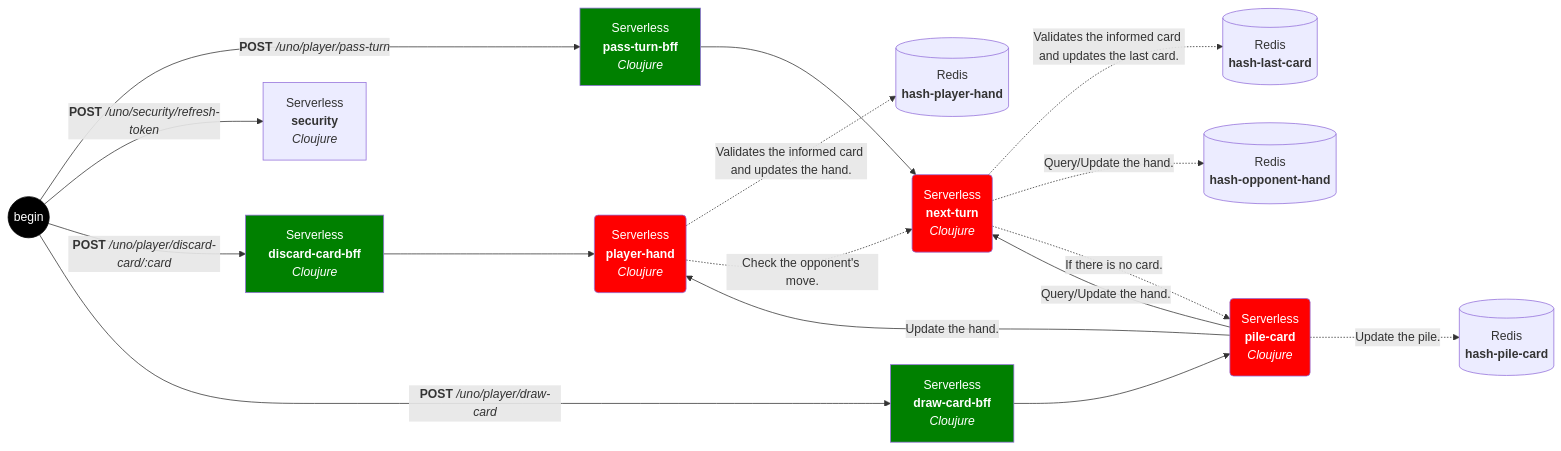
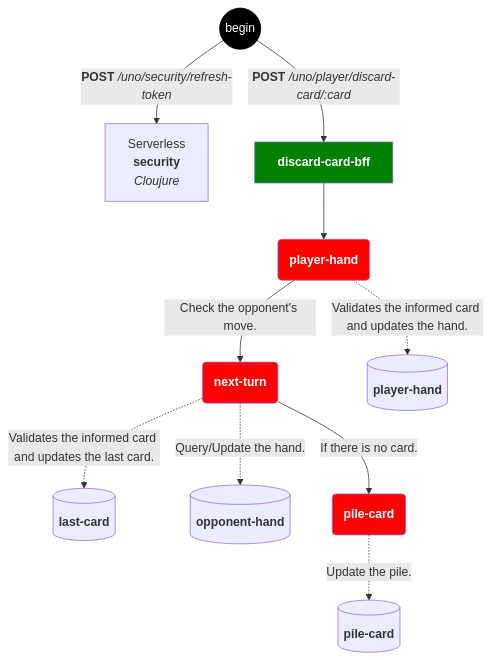
One commit to olbiwan/uno changed the second of 3 diagrams in README.md. Above: the diagram before and after it, drawn with Mermaid. The commit also changed other lines of this file, not shown here.

````diff
--- a/README.md
+++ b/README.md
@@ -18,24 +47,18 @@
 ```mermaid
-flowchart LR
-    SC -.->|Validates the informed card and updates the hand.| HPH[(Redis<br><b>hash-player-hand</b>)]
+flowchart TD
+    U -->|<b>POST</b> <i>/uno/security/refresh-token</i>| Z[Serverless<br><b>security</b><br><i>Cloujure</i>]
     U((begin))
-    U -->|<b>POST</b> <i>/uno/player/pass-turn</i>| FD[Serverless<br><b>pass-turn-bff</b><br><i>Cloujure</i>]
-    U -->|<b>POST</b> <i>/uno/security/refresh-token</i>| Z[Serverless<br><b>security</b><br><i>Cloujure</i>]
-    U -->|<b>POST</b> <i>/uno/player/discard-card/:card</i>| FB[Serverless<br><b>discard-card-bff</b><br><i>Cloujure</i>]
-    U -->|<b>POST</b> <i>/uno/player/draw-card</i>| FC[Serverless<br><b>draw-card-bff</b><br><i>Cloujure</i>]
-    FB --> SC(Serverless<br><b>player-hand</b><br><i>Cloujure</i>)
-    FD --> SA(Serverless<br><b>next-turn</b><br><i>Cloujure</i>)
-    FC --> SB(Serverless<br><b>pile-card</b><br><i>Cloujure</i>)
-    SA -.->|Validates the informed card and updates the last card.| HLC[(Redis<br><b>hash-last-card</b>)]
-    SA -.->|Query/Update the hand.| HOH[(Redis<br><b>hash-opponent-hand</b>)]
-    SB -.->|Update the pile.| HPC[(Redis<br><b>hash-pile-card</b>)]
-    SA -.->|If there is no card.| SB
-    SB -->|Update the hand.| SC
-    SB -->|Query/Update the hand.| SA
-    SC -.->|Check the opponent's move.| SA
+    U -->|<b>POST</b> <i>/uno/player/discard-card/:card</i>| FB[<b>discard-card-bff</b>]
+    FB --> SC(<b>player-hand</b>)
+    SA(<b>next-turn</b>) -.->|Validates the informed card and updates the last card.| HLC[(<b>last-card</b>)]
+    SA -.->|Query/Update the hand.| HOH[(<b>opponent-hand</b>)]
+    SB(<b>pile-card</b>)  -.->|Update the pile.| HPC[(<b>pile-card</b>)]
+    SC -.->|Validates the informed card and updates the hand.| HPH[(<b>player-hand</b>)]
+    SA -->|If there is no card.| SB
+    SC -->|Check the opponent's move.| SA
     classDef first color:#fff,fill:green;
     classDef second color:#fff,fill:red;
     style U  color:#fff,fill:#000,stroke:#000;
     class FB,FC,FD first;
     class SA,SB,SC second;
 ```
````
